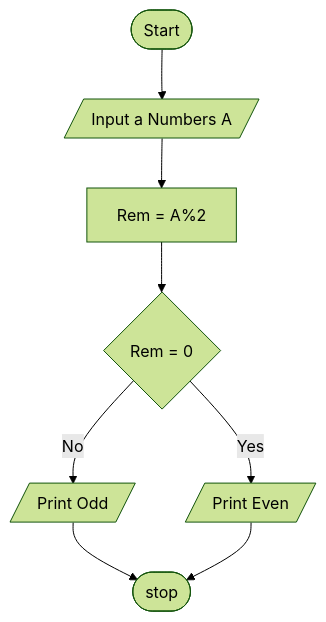
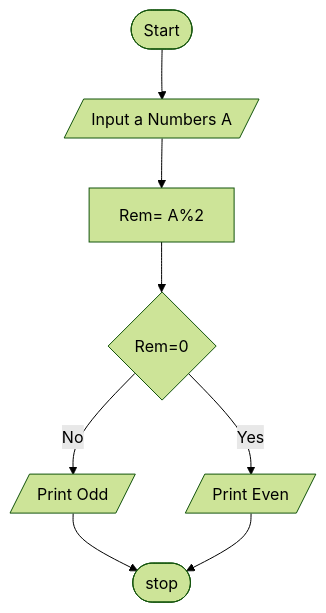
The ninth of 25 diagrams in frontend/books_mds/Grade 7/comp/comp_7.md (zk-007/AutiStudy-App), drawn with Mermaid (forest theme) before and after one commit. The commit also changed other lines of this file and 12 other files, not shown here.

````diff
--- a/frontend/books_mds/Grade 7/comp/comp_7.md
+++ b/frontend/books_mds/Grade 7/comp/comp_7.md
@@ -2699,10 +2560,10 @@
 ```mermaid
-flowchart TD
+graph TD
     Start([Start]) --> Input[/Input a Numbers A/]
-    Input --> Process[Rem = A%2]
-    Process --> Decision{Rem = 0}
+    Input --> Calc[Rem= A%2]
+    Calc --> Decision{Rem=0}
     Decision -- No --> PrintOdd[/Print Odd/]
     Decision -- Yes --> PrintEven[/Print Even/]
     PrintOdd --> Stop([stop])
     PrintEven --> Stop
 ```
````
